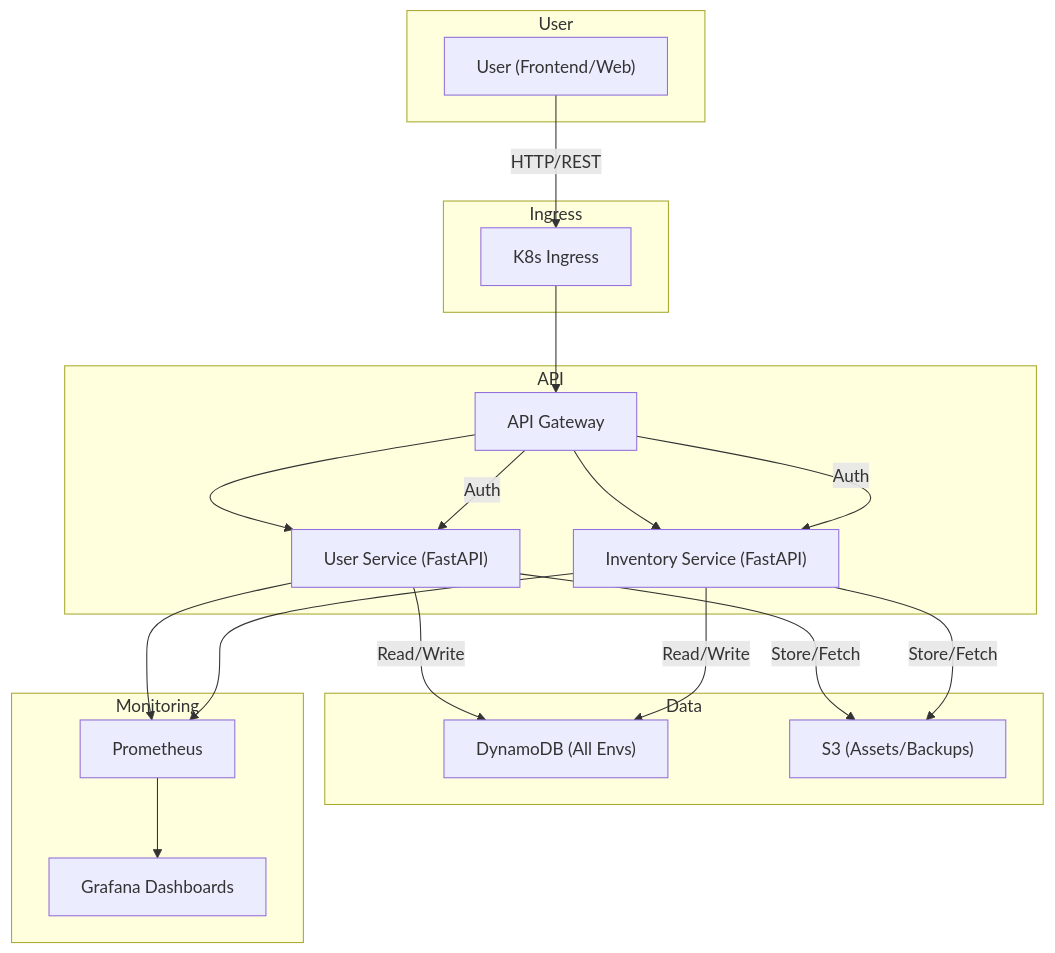
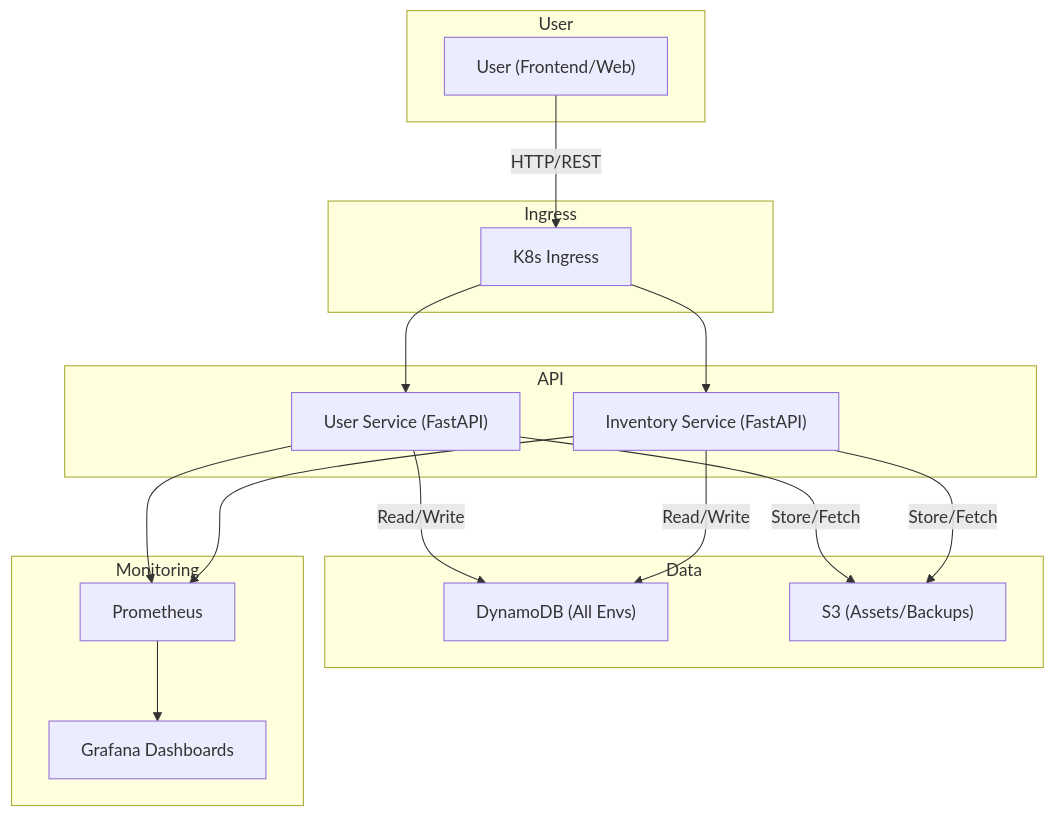
One commit to yifeng2019uwb/cloud-native-order-processor changed the diagram in README.md. Above: the diagram before and after it, drawn with Mermaid. The commit also changed other lines of this file, not shown here.

Commit message:
update read me

````diff
--- a/README.md
+++ b/README.md
@@ -45,35 +45,31 @@
 ```mermaid
 flowchart TD
   subgraph User
     A["User (Frontend/Web)"]
   end
   subgraph Ingress
     X["K8s Ingress"]
   end
   subgraph API
-    B["API Gateway"]
     C["User Service (FastAPI)"]
     D["Inventory Service (FastAPI)"]
   end
   subgraph Data
     E["DynamoDB (All Envs)"]
     F["S3 (Assets/Backups)"]
   end
   subgraph Monitoring
     P["Prometheus"]
     G["Grafana Dashboards"]
   end
   A -->|HTTP/REST| X
-  X --> B
-  B --> C
-  B --> D
+  X --> C
+  X --> D
   C -->|Read/Write| E
   D -->|Read/Write| E
   C -->|Store/Fetch| F
   D -->|Store/Fetch| F
   C --> P
   D --> P
   P --> G
-  B -->|Auth| C
-  B -->|Auth| D
 ```
````
